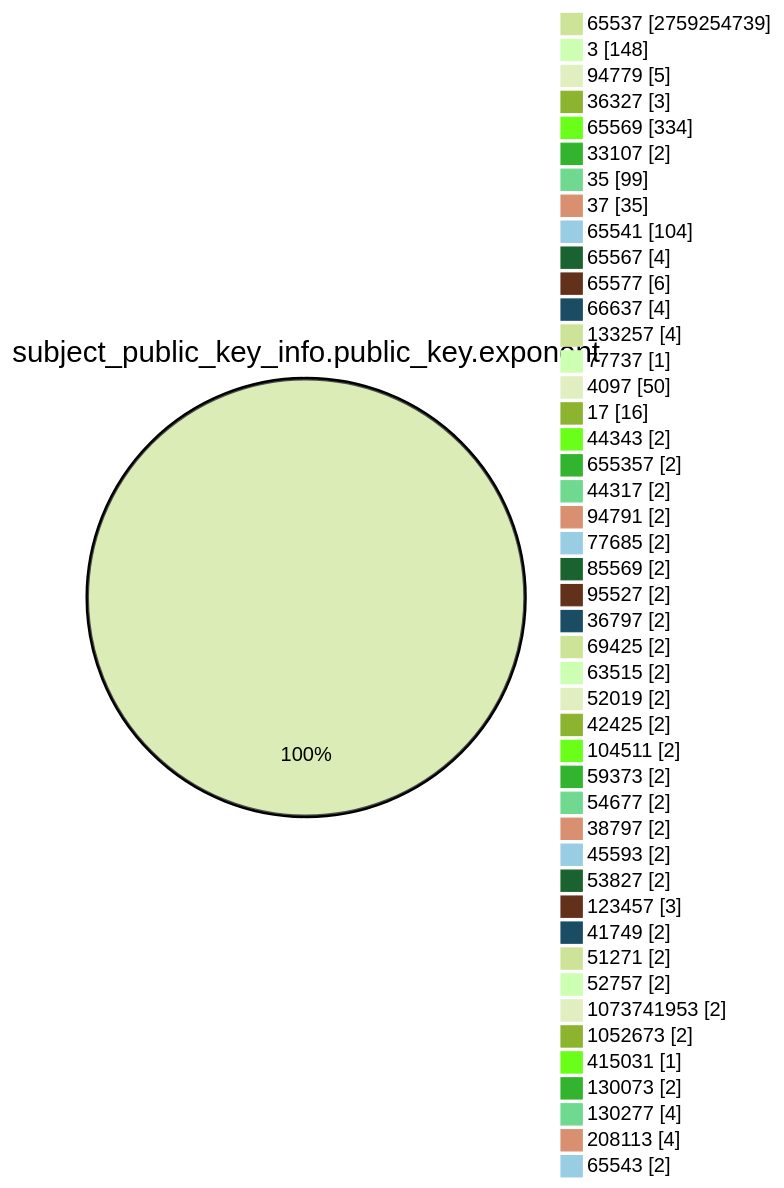
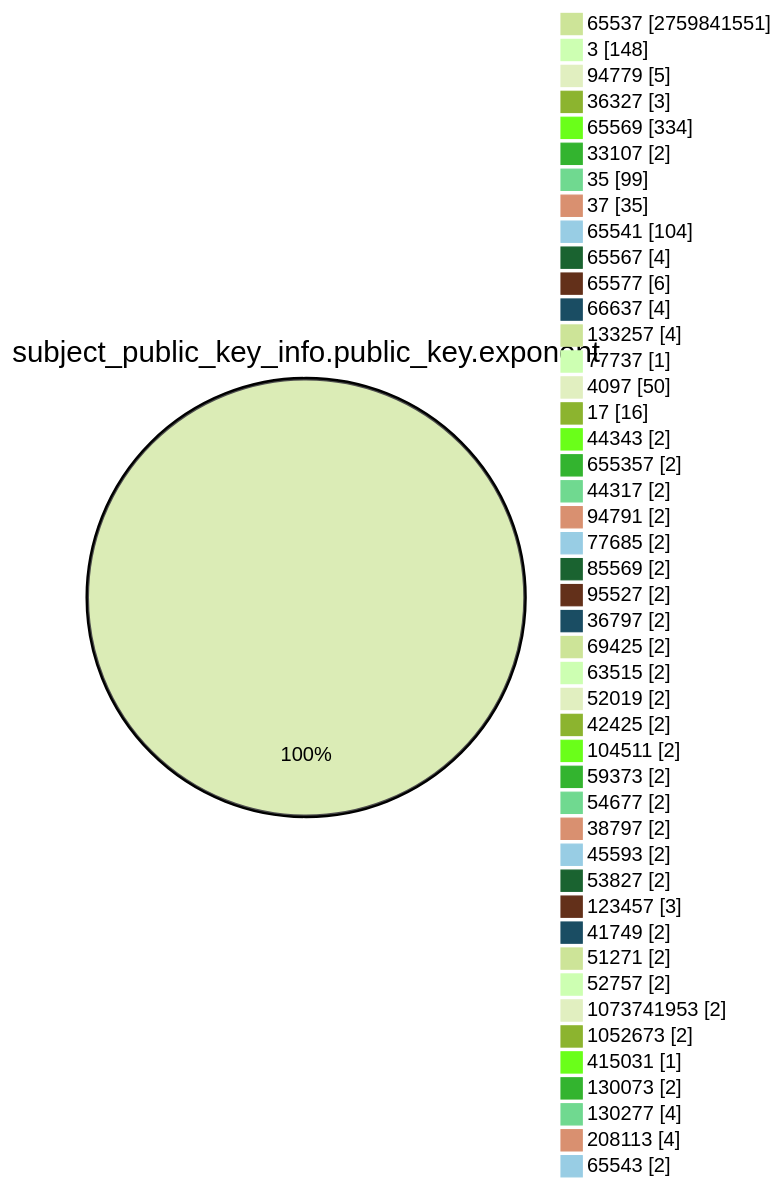
One commit to christiankrug/ctmonitor_visualization changed the fourth of 15 diagrams in TOTAL/README.md. Above: the diagram before and after it, drawn with Mermaid (forest theme). The commit also changed other lines of this file, not shown here.

````diff
--- a/TOTAL/README.md
+++ b/TOTAL/README.md
@@ -1467,49 +1467,49 @@
 ```mermaid
 pie showData
 title subject_public_key_info.public_key.exponent
-"65537" :2759254739
+"65537" :2759841551
 "3" :148
 "94779" :5
 "36327" :3
 "65569" :334
 "33107" :2
 "35" :99
 "37" :35
 "65541" :104
 "65567" :4
 "65577" :6
 "66637" :4
 "133257" :4
 "77737" :1
 "4097" :50
 "17" :16
 "44343" :2
 "655357" :2
 "44317" :2
 "94791" :2
 "77685" :2
 "85569" :2
 "95527" :2
 "36797" :2
 "69425" :2
 "63515" :2
 "52019" :2
 "42425" :2
 "104511" :2
 "59373" :2
 "54677" :2
 "38797" :2
 "45593" :2
 "53827" :2
 "123457" :3
 "41749" :2
 "51271" :2
 "52757" :2
 "1073741953" :2
 "1052673" :2
 "415031" :1
 "130073" :2
 "130277" :4
 "208113" :4
 "65543" :2
 ```
````
